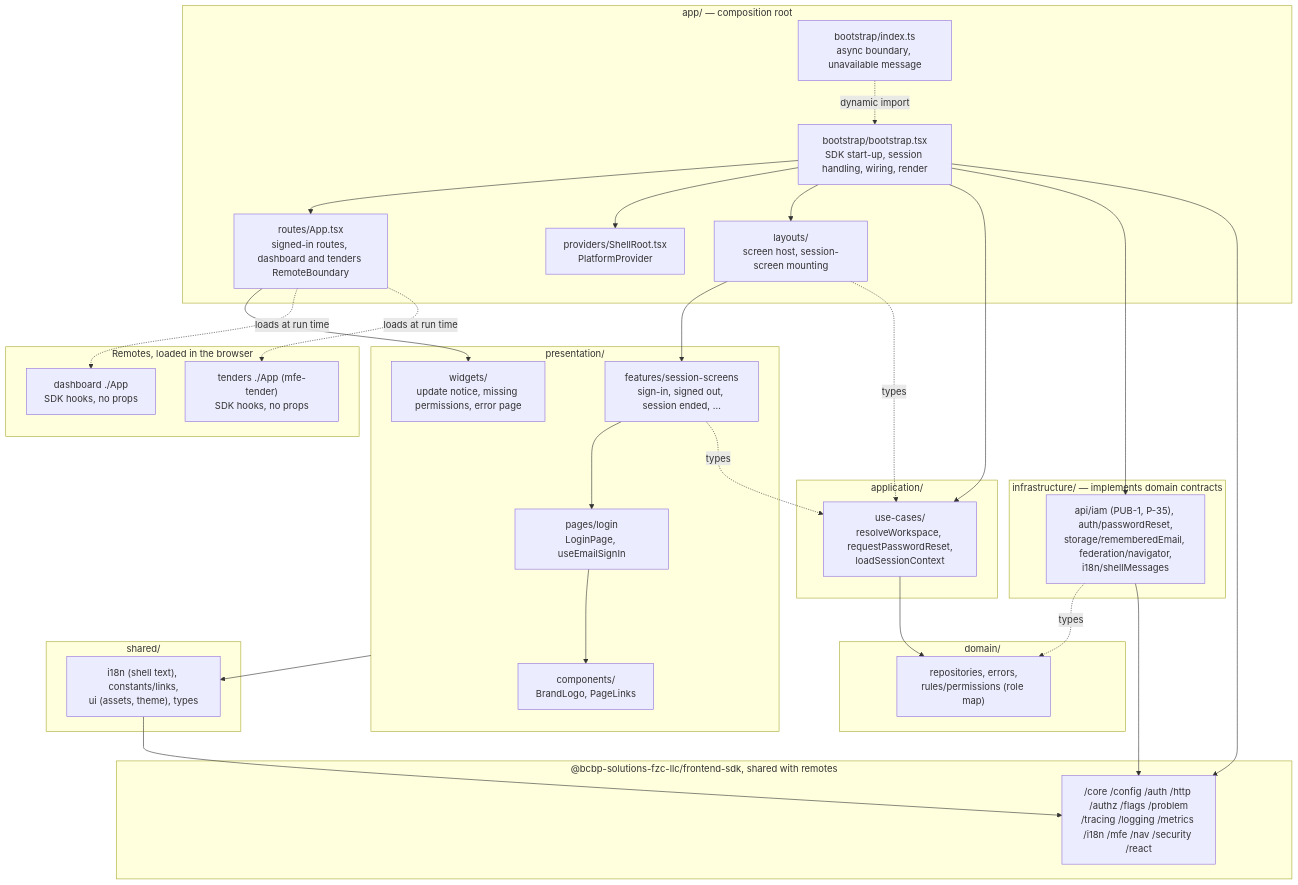
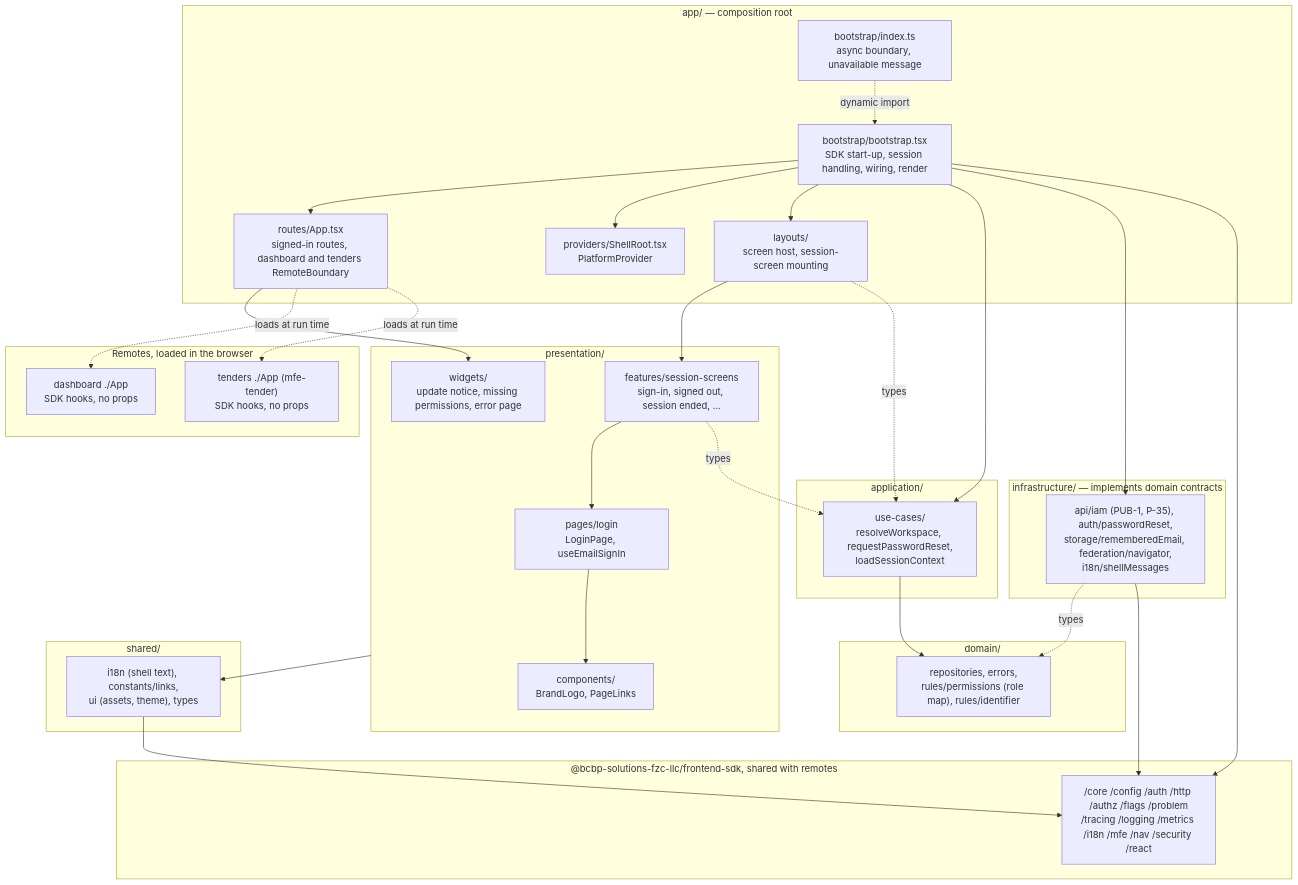
Before and after one commit to BCBP-SOLUTIONS-FZC-LLC/web-shell: the diagram in docs/architecture/mermaid/layer-model.mmd, drawn with Mermaid. The commit also changed 36 other files, not shown here.

```diff
--- a/docs/architecture/mermaid/layer-model.mmd
+++ b/docs/architecture/mermaid/layer-model.mmd
@@ -1,61 +1,61 @@
 graph TD
     subgraph app["app/ — composition root"]
         index["bootstrap/index.ts\nasync boundary, unavailable message"]
         boot["bootstrap/bootstrap.tsx\nSDK start-up, session handling, wiring, render"]
         routes["routes/App.tsx\nsigned-in routes, dashboard and tenders RemoteBoundary"]
         providers["providers/ShellRoot.tsx\nPlatformProvider"]
         layouts["layouts/\nscreen host, session-screen mounting"]
     end
 
     subgraph presentation["presentation/"]
         pages["pages/login\nLoginPage, useEmailSignIn"]
         features["features/session-screens\nsign-in, signed out, session ended, …"]
         widgets["widgets/\nupdate notice, missing permissions, error page"]
         components["components/\nBrandLogo, PageLinks"]
     end
 
     subgraph application["application/"]
         usecases["use-cases/\nresolveWorkspace, requestPasswordReset,\nloadSessionContext"]
     end
 
     subgraph domain["domain/"]
-        dom["repositories, errors,\nrules/permissions (role map)"]
+        dom["repositories, errors,\nrules/permissions (role map), rules/identifier"]
     end
 
     subgraph infrastructure["infrastructure/ — implements domain contracts"]
         infra["api/iam (PUB-1, P-35), auth/passwordReset,\nstorage/rememberedEmail, federation/navigator,\ni18n/shellMessages"]
     end
 
     subgraph shared["shared/"]
         sh["i18n (shell text), constants/links,\nui (assets, theme), types"]
     end
 
     subgraph sdk["@bcbp-solutions-fzc-llc/frontend-sdk, shared with remotes"]
         sdkmods["/core /config /auth /http /authz /flags /problem\n/tracing /logging /metrics /i18n /mfe /nav /security /react"]
     end
 
     subgraph remote["Remotes, loaded in the browser"]
         dashboard["dashboard ./App\nSDK hooks, no props"]
         tenders["tenders ./App (mfe-tender)\nSDK hooks, no props"]
     end
 
     index -. dynamic import .-> boot
     boot --> routes
     boot --> providers
     boot --> layouts
     boot --> usecases
     boot --> infra
     boot --> sdkmods
     routes --> widgets
     routes -. loads at run time .-> dashboard
     routes -. loads at run time .-> tenders
     layouts --> features
     features --> pages
     pages --> components
     features -. types .-> usecases
     layouts -. types .-> usecases
     usecases --> dom
     infra -. types .-> dom
     infra --> sdkmods
     presentation --> sh
     sh --> sdkmods
```
